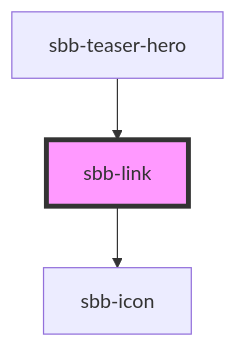
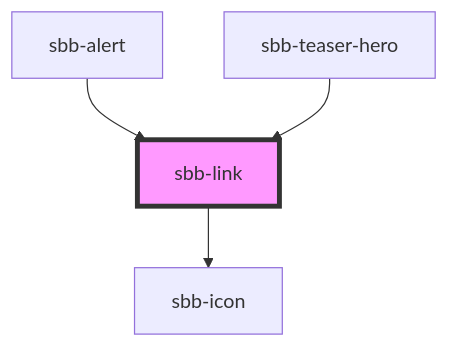
One commit to sbb-design-systems/lyne-components changed the diagram in src/components/sbb-link/readme.md. Above: the diagram before and after it, drawn with Mermaid. The commit also changed other lines of this file and 2 other files, not shown here.

````diff
--- a/src/components/sbb-link/readme.md
+++ b/src/components/sbb-link/readme.md
@@ -61,6 +62,7 @@
 ```mermaid
 graph TD;
   sbb-link --> sbb-icon
+  sbb-alert --> sbb-link
   sbb-teaser-hero --> sbb-link
   style sbb-link fill:#f9f,stroke:#333,stroke-width:4px
 ```
````
